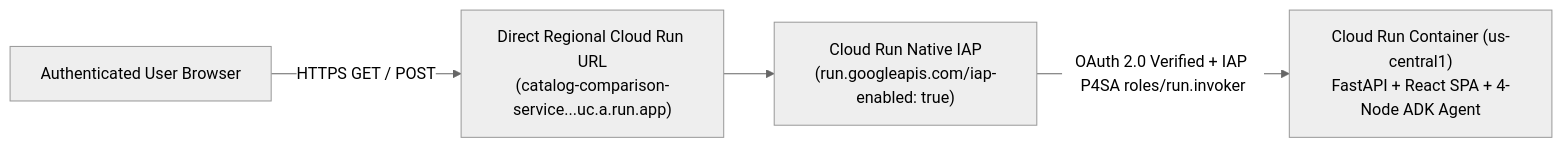
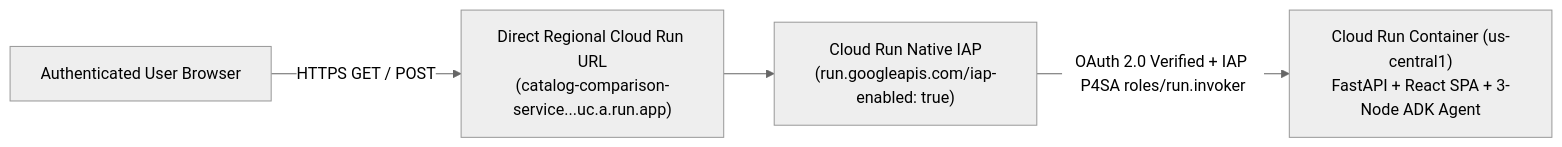
Diagram 13 of 14 in ARCHITECTURE.md (willie3838/williamc-ecomm-capstone), drawn with Mermaid (neutral theme) before and after one commit. The commit also changed other lines of this file and 21 other files, not shown here.

````diff
--- a/ARCHITECTURE.md
+++ b/ARCHITECTURE.md
@@ -1151,6 +1121,6 @@
 ```mermaid
 flowchart LR
     USER["Authenticated User Browser"] -->|HTTPS GET / POST| RUN_URL["Direct Regional Cloud Run URL<br/>(catalog-comparison-service...uc.a.run.app)"]
     RUN_URL --> IAP["Cloud Run Native IAP<br/>(run.googleapis.com/iap-enabled: true)"]
-    IAP -->|OAuth 2.0 Verified + IAP P4SA roles/run.invoker| CONTAINER["Cloud Run Container (us-central1)<br/>FastAPI + React SPA + 4-Node ADK Agent"]
+    IAP -->|OAuth 2.0 Verified + IAP P4SA roles/run.invoker| CONTAINER["Cloud Run Container (us-central1)<br/>FastAPI + React SPA + 3-Node ADK Agent"]
 ```
````
